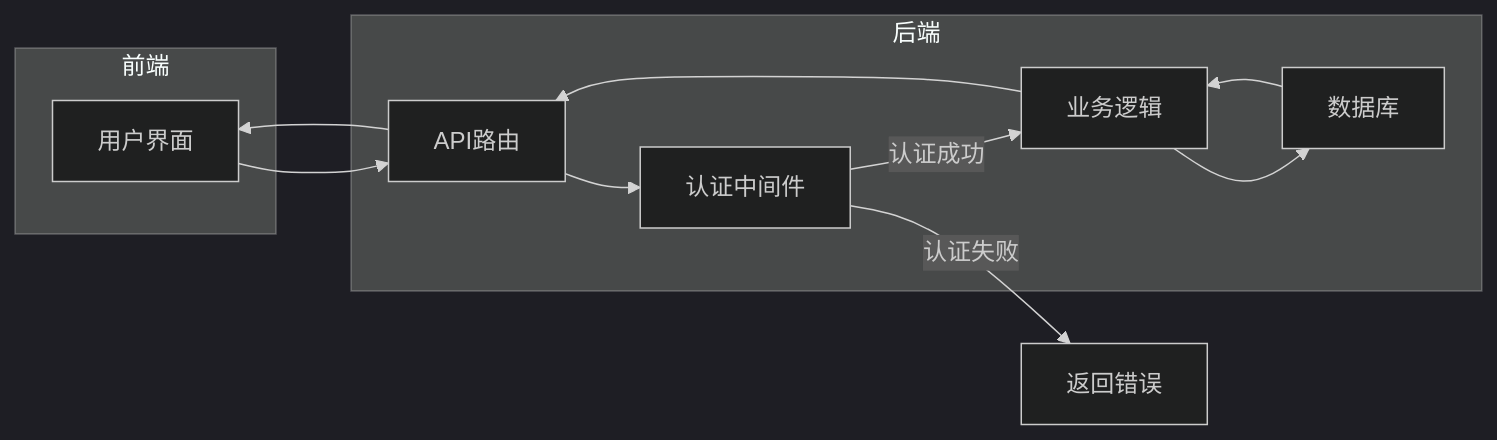
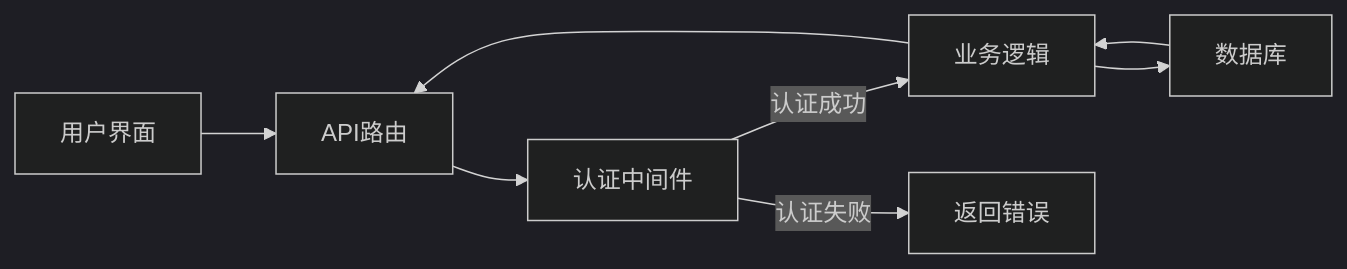
Before and after one commit to xingranya/CervixDetectAI: the third of 5 diagrams in wiki/后端架构/中间件机制.md, drawn with Mermaid (dark theme). The commit also changed other lines of this file and 35 other files, not shown here.

First line of the commit message:
docs(readme): 优化并统一项目文档中的流程图与说明

````diff
--- a/wiki/后端架构/中间件机制.md
+++ b/wiki/后端架构/中间件机制.md
@@ -78,20 +78,10 @@
 ```mermaid
 flowchart LR
-subgraph "前端"
-A[用户界面]
-end
-subgraph "后端"
-B[API路由]
-C[认证中间件]
-D[业务逻辑]
-E[数据库]
-end
-A --> B
-B --> C
-C --> |认证成功| D
+A[用户界面] --> B[API路由]
+B --> C[认证中间件]
+C --> |认证成功| D[业务逻辑]
 C --> |认证失败| F[返回错误]
-D --> E
+D --> E[数据库]
 E --> D
 D --> B
-B --> A
 ```
````
